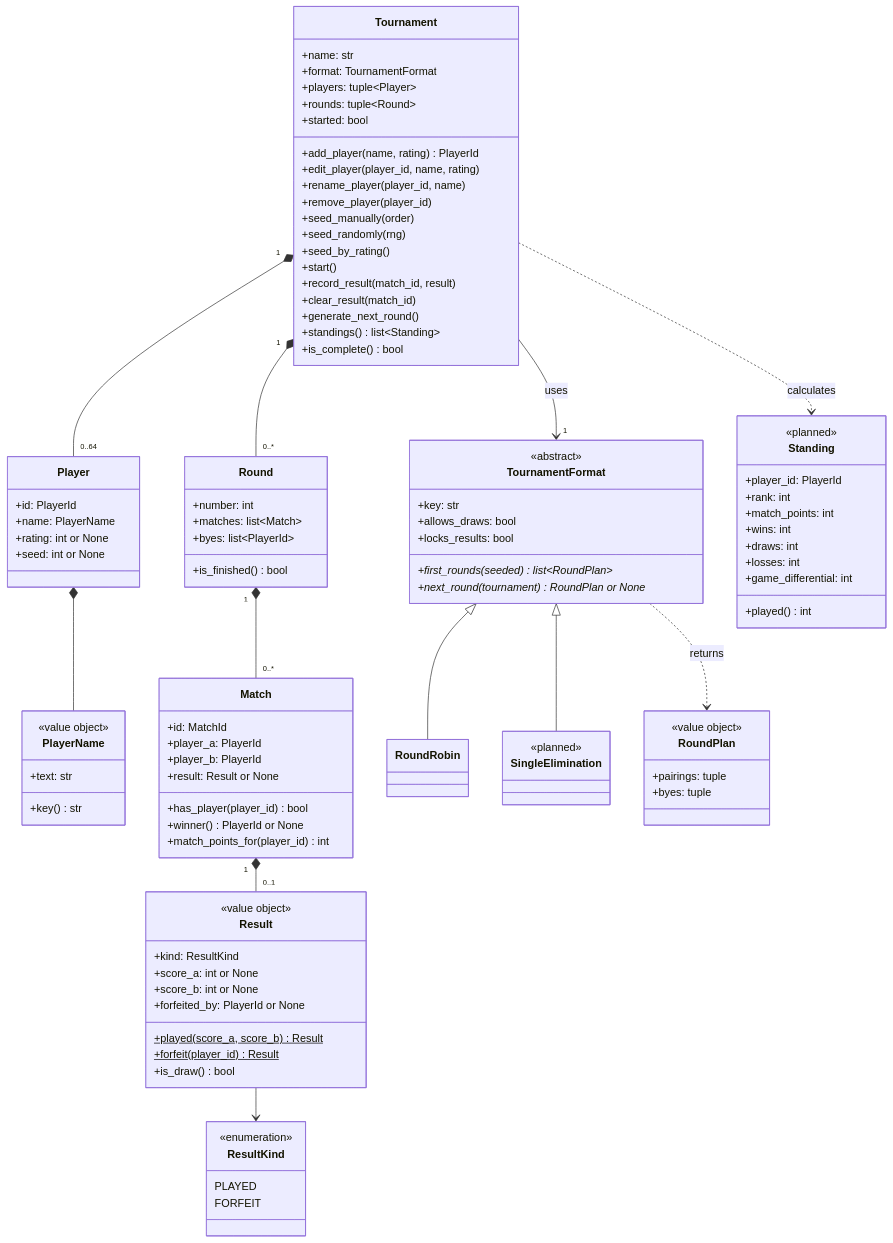
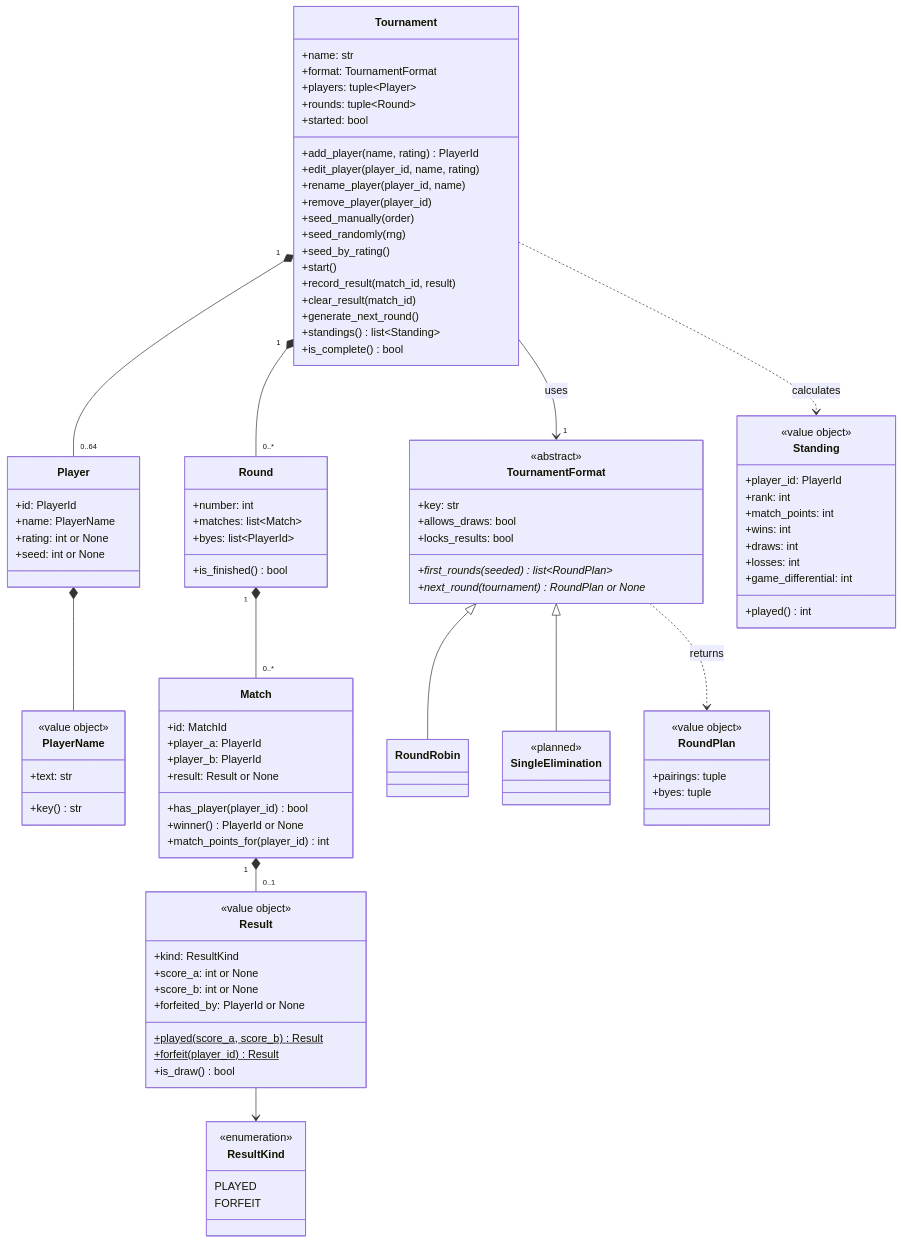
One commit to ajlight89/bracketeer changed the second of 2 diagrams in docs/design.md. Above: the diagram before and after it, drawn with Mermaid. The commit also changed other lines of this file and 3 other files, not shown here.

```diff
--- a/docs/design.md
+++ b/docs/design.md
@@ -123,7 +123,7 @@
     }
 
     class Standing {
-        <<planned>>
+        <<value object>>
         +player_id: PlayerId
         +rank: int
         +match_points: int
```
